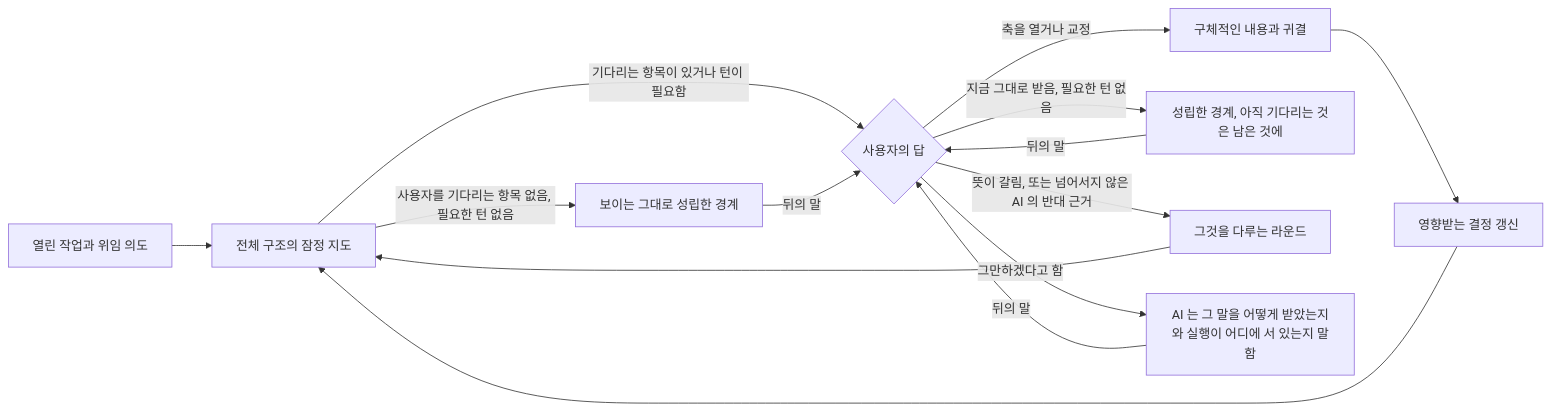
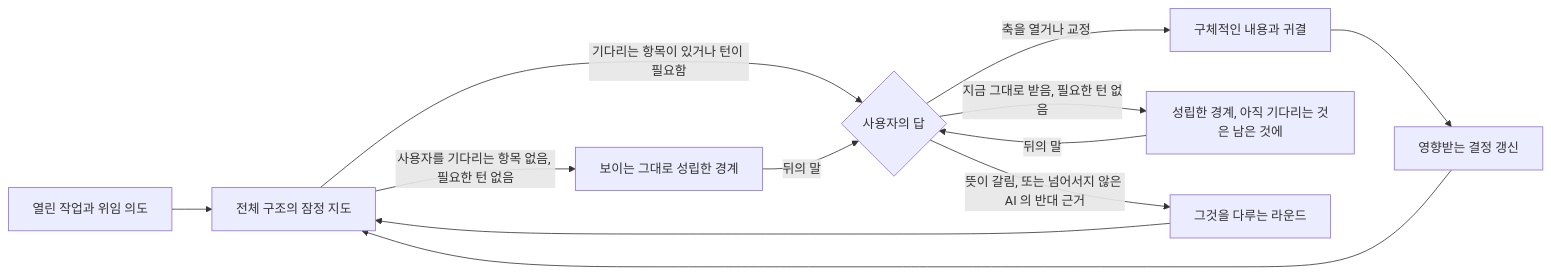
The diagram in horismos/README_ko.md (jongwony/epistemic-protocols), drawn with Mermaid before and after one commit. The commit also changed other lines of this file and 2 other files, not shown here.

Commit message:
fix(horismos): G9 의 스크래치 실행을 `observe` 에 싣고, README 쌍의 「그만」 흐름도 갈래를 걷는다 — review-loop 13라운드 (ROO-191)
13라운드 code-review 가 짚은 것: 226b69d9 를 COMPOSITION 에 「gathers what the boundary needs …
running what that takes … such as a scratch space」 로 실었더니, `observe` 세 곳의 「what needs a
change of state … is named and handed over」 와 같은 수집 행위에 두 지시가 되었고(#1), 라운드가
모은 것이 증거 턴으로 컨텍스트에 들지 않았고(#3), 새 실행 채널에 grounding 이 없었다(#5).

뿌리: 재료 · 근거 수집과 스크래치 실행은 관측이다. 그래서 `observe` 가 진다 — 판단 문서에
「it may run what gathering takes where nothing existing changes, such as a scratch space」,
grounding 의 능력 목록에 `scratch run`, 세 곳 모두 「a change of existing state」. COMPOSITION 은
「the reversible work a round carries forward is the observation the boundary needs (`observe`), and
the work the boundary is for is left to what follows it」 로 가리키기만 한다.

README 쌍: 「그만하겠다고 함」 흐름도 갈래 K 는 G2 가 걷은 사례 꼴이라(7e2ebe95, ROO-67
bf3665d7) 걷는다 — 그 말은 C 의 다른 답처럼 흐른다. 한국어 README 의 G9 문장에 빠졌던 「경계가
정하는 일 자체는 뒤따르는 수에 맡깁니다」 를 맞춘다(#8).

Claude-Session: https://claude.ai/code/session_01CQN72GYhRecvDjeoiPheG6

````diff
--- a/horismos/README_ko.md
+++ b/horismos/README_ko.md
@@ -9,16 +9,14 @@
 ```mermaid
 flowchart LR
     A[열린 작업과 위임 의도] --> B[전체 구조의 잠정 지도]
     B -->|사용자를 기다리는 항목 없음, 필요한 턴 없음| G[보이는 그대로 성립한 경계]
     B -->|기다리는 항목이 있거나 턴이 필요함| C{사용자의 답}
     C -->|축을 열거나 교정| D[구체적인 내용과 귀결]
     D --> E[영향받는 결정 갱신]
     E --> B
     C -->|지금 그대로 받음, 필요한 턴 없음| F[성립한 경계, 아직 기다리는 것은 남은 것에]
     C -->|뜻이 갈림, 또는 넘어서지 않은 AI 의 반대 근거| H[그것을 다루는 라운드]
     H --> B
-    C -->|그만하겠다고 함| K[AI 는 그 말을 어떻게 받았는지와 실행이 어디에 서 있는지 말함]
-    K -->|뒤의 말| C
     F -->|뒤의 말| C
     G -->|뒤의 말| C
 ```
````
